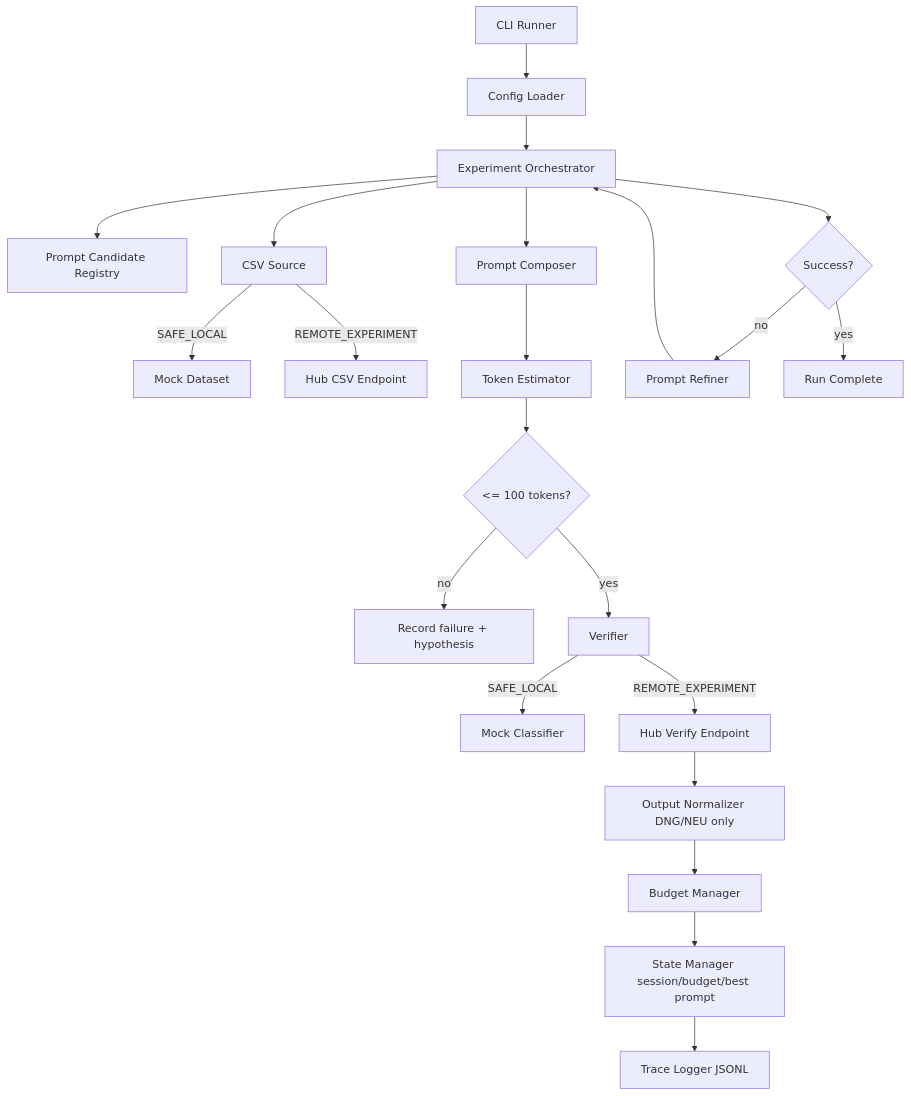
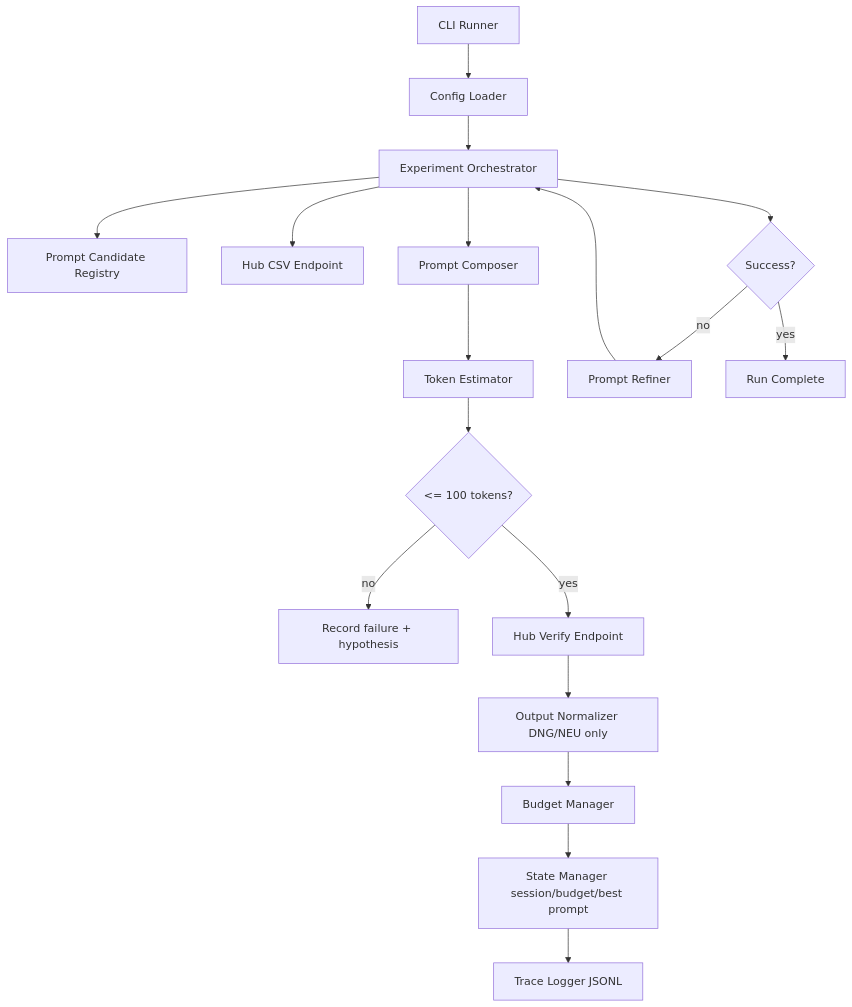
The first of 2 diagrams in 02_01_zadanie/ARCHITECTURE.md (rafsaw/4th-devs), drawn with Mermaid before and after one commit. The commit also changed other lines of this file and 19 other files, not shown here.

````diff
--- a/02_01_zadanie/ARCHITECTURE.md
+++ b/02_01_zadanie/ARCHITECTURE.md
@@ -18,24 +17,20 @@
 ```mermaid
 flowchart TD
   A[CLI Runner] --> B[Config Loader]
   B --> C[Experiment Orchestrator]
   C --> D[Prompt Candidate Registry]
-  C --> E[CSV Source]
-  E -->|SAFE_LOCAL| F[Mock Dataset]
-  E -->|REMOTE_EXPERIMENT| G[Hub CSV Endpoint]
+  C --> G[Hub CSV Endpoint]
   C --> H[Prompt Composer]
   H --> I[Token Estimator]
   I --> J{<= 100 tokens?}
   J -- no --> K[Record failure + hypothesis]
-  J -- yes --> L[Verifier]
-  L -->|SAFE_LOCAL| M[Mock Classifier]
-  L -->|REMOTE_EXPERIMENT| N[Hub Verify Endpoint]
+  J -- yes --> N[Hub Verify Endpoint]
   N --> O[Output Normalizer DNG/NEU only]
   O --> P[Budget Manager]
   P --> Q[State Manager session/budget/best prompt]
   Q --> R[Trace Logger JSONL]
   C --> S{Success?}
   S -- no --> T[Prompt Refiner]
   T --> C
   S -- yes --> U[Run Complete]
 ```
````
